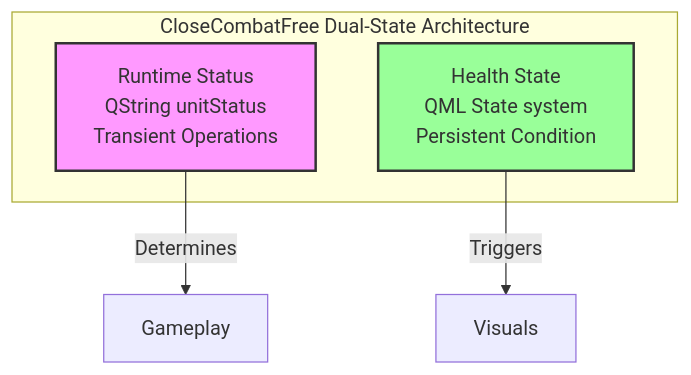
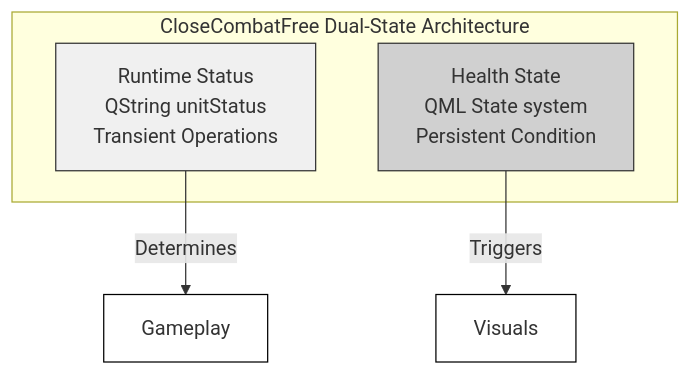
The seventh of 10 diagrams in appendix_a_state_world_systems.md (jukofyork/close-combat-architecture-study), drawn with Mermaid before and after one commit. The commit also changed other lines of this file and 15 other files, not shown here.

````diff
--- a/appendix_a_state_world_systems.md
+++ b/appendix_a_state_world_systems.md
@@ -892,16 +891,18 @@
 ```mermaid
 flowchart TB
     subgraph CCF["CloseCombatFree Dual-State Architecture"]
         RS["Runtime Status<br>QString unitStatus<br>Transient Operations"]
         HS["Health State<br>QML State system<br>Persistent Condition"]
     end
     
     RS -->|"Determines"| Gameplay
     HS -->|"Triggers"| Visuals
     
-    classDef runtime fill:#f9f,stroke:#333,stroke-width:2px
-    classDef health fill:#9f9,stroke:#333,stroke-width:2px
+    classDef default fill:#fff,stroke:#000,stroke-width:1px
+    classDef light fill:#f0f0f0,stroke:#333,stroke-width:1px
+    classDef medium fill:#d0d0d0,stroke:#333,stroke-width:1px
+    classDef dark fill:#b0b0b0,stroke:#000,stroke-width:2px
     
-    class RS runtime
-    class HS health
+    class RS light
+    class HS medium
 ```
````
